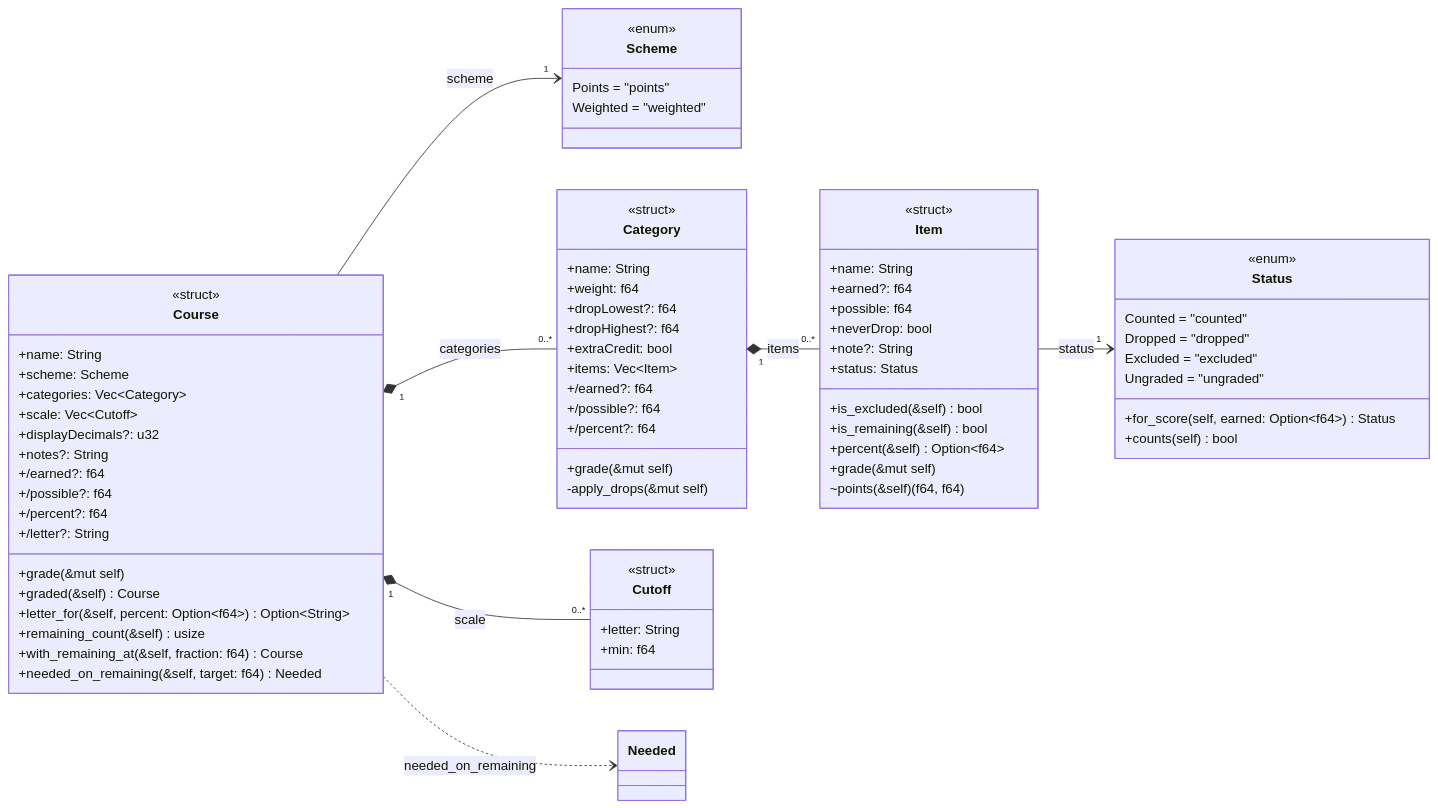
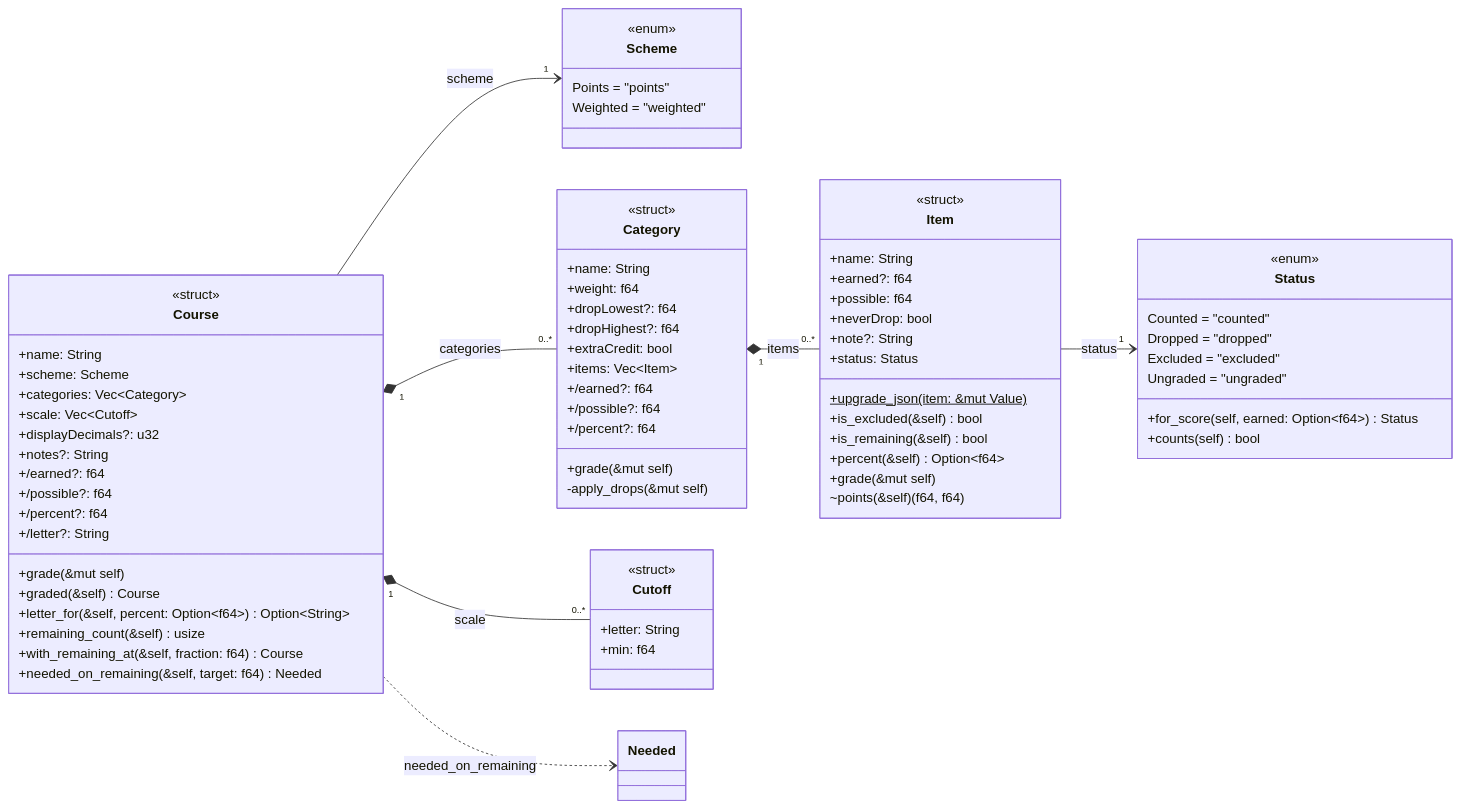
One commit to Patman1O1/grade-calculator changed the second of 9 diagrams in docs/uml.md. Above: the diagram before and after it, drawn with Mermaid. The commit also changed other lines of this file and 6 other files, not shown here.

First line of the commit message:
Remove RawItem; upgrade older item JSON before deserialising

````diff
--- a/docs/uml.md
+++ b/docs/uml.md
@@ -74,76 +74,77 @@
 ```mermaid
 classDiagram
   direction LR
   class Scheme {
     <<enum>>
     Points = "points"
     Weighted = "weighted"
   }
   class Course {
     <<struct>>
     +name: String
     +scheme: Scheme
     +categories: Vec~Category~
     +scale: Vec~Cutoff~
     +displayDecimals?: u32
     +notes?: String
     +/earned?: f64
     +/possible?: f64
     +/percent?: f64
     +/letter?: String
     +grade(&mut self)
     +graded(&self) Course
     +letter_for(&self, percent: Option~f64~) Option~String~
     +remaining_count(&self) usize
     +with_remaining_at(&self, fraction: f64) Course
     +needed_on_remaining(&self, target: f64) Needed
   }
   class Category {
     <<struct>>
     +name: String
     +weight: f64
     +dropLowest?: f64
     +dropHighest?: f64
     +extraCredit: bool
     +items: Vec~Item~
     +/earned?: f64
     +/possible?: f64
     +/percent?: f64
     +grade(&mut self)
     -apply_drops(&mut self)
   }
   class Item {
     <<struct>>
     +name: String
     +earned?: f64
     +possible: f64
     +neverDrop: bool
     +note?: String
     +status: Status
+    +upgrade_json(item: &mut Value)$
     +is_excluded(&self) bool
     +is_remaining(&self) bool
     +percent(&self) Option~f64~
     +grade(&mut self)
     ~points(&self) (f64, f64)
   }
   class Cutoff {
     <<struct>>
     +letter: String
     +min: f64
   }
   class Status {
     <<enum>>
     Counted = "counted"
     Dropped = "dropped"
     Excluded = "excluded"
     Ungraded = "ungraded"
     +for_score(self, earned: Option~f64~) Status
     +counts(self) bool
   }
   Course "1" *-- "0..*" Category : categories
   Category "1" *-- "0..*" Item : items
   Course "1" *-- "0..*" Cutoff : scale
   Course --> "1" Scheme : scheme
   Item --> "1" Status : status
   Course ..> Needed : needed_on_remaining
 ```
````
